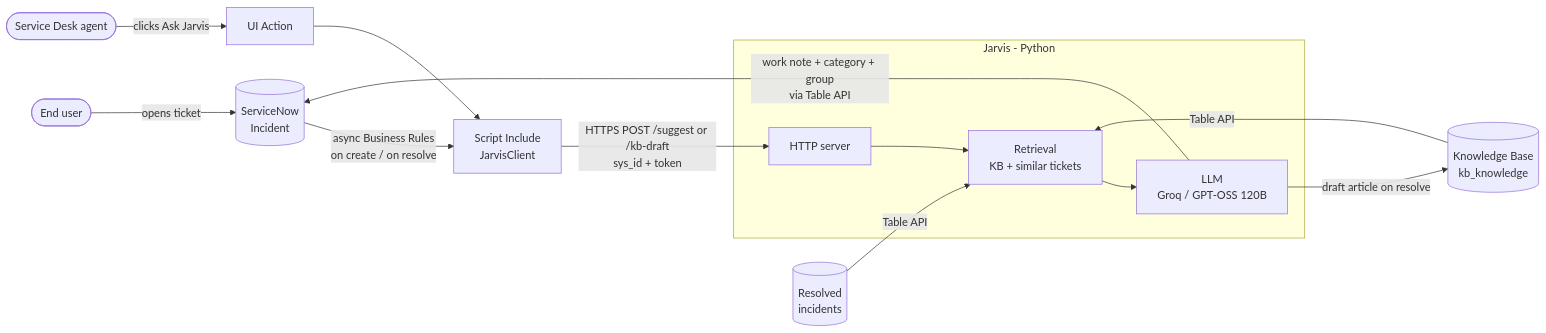
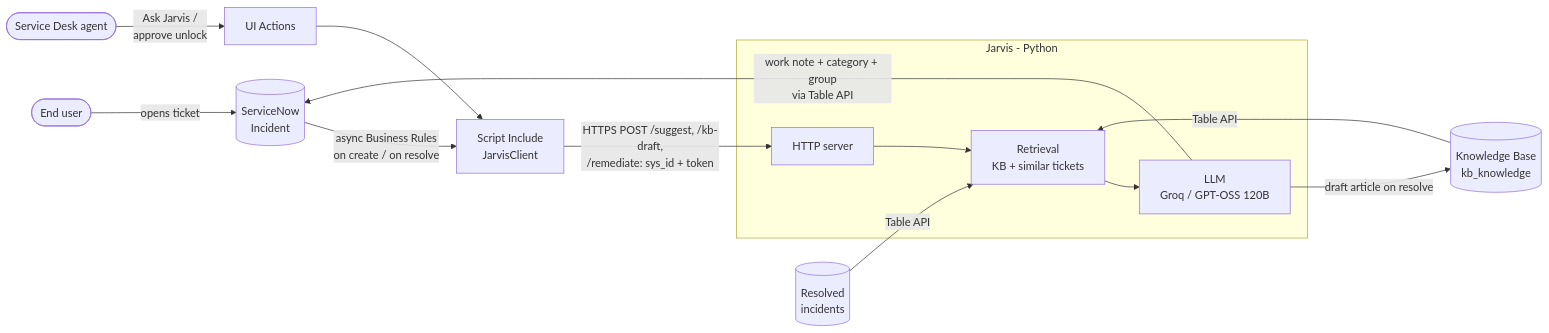
One commit to tortonef/jarvis-servicenow changed the first of 2 diagrams in README.md. Above: the diagram before and after it, drawn with Mermaid. The commit also changed other lines of this file and 8 other files, not shown here.

First line of the commit message:
Auto-remediation with agent approval: account unlock

````diff
--- a/README.md
+++ b/README.md
@@ -13,16 +13,16 @@
 ```mermaid
 flowchart LR
     U([End user]) -->|opens ticket| INC[(ServiceNow<br/>Incident)]
-    A([Service Desk agent]) -->|clicks Ask Jarvis| BTN[UI Action]
+    A([Service Desk agent]) -->|Ask Jarvis /<br/>approve unlock| BTN[UI Actions]
     INC -->|async Business Rules<br/>on create / on resolve| CL[Script Include<br/>JarvisClient]
     BTN --> CL
-    CL -->|HTTPS POST /suggest or /kb-draft<br/>sys_id + token| S
+    CL -->|HTTPS POST /suggest, /kb-draft,<br/>/remediate: sys_id + token| S
     subgraph Jarvis [Jarvis - Python]
         S[HTTP server] --> R[Retrieval<br/>KB + similar tickets]
         R --> L[LLM<br/>Groq / GPT-OSS 120B]
     end
     KB[(Knowledge Base<br/>kb_knowledge)] -->|Table API| R
     HIST[(Resolved<br/>incidents)] -->|Table API| R
     L -->|work note + category + group<br/>via Table API| INC
     L -->|draft article on resolve| KB
 ```
````
